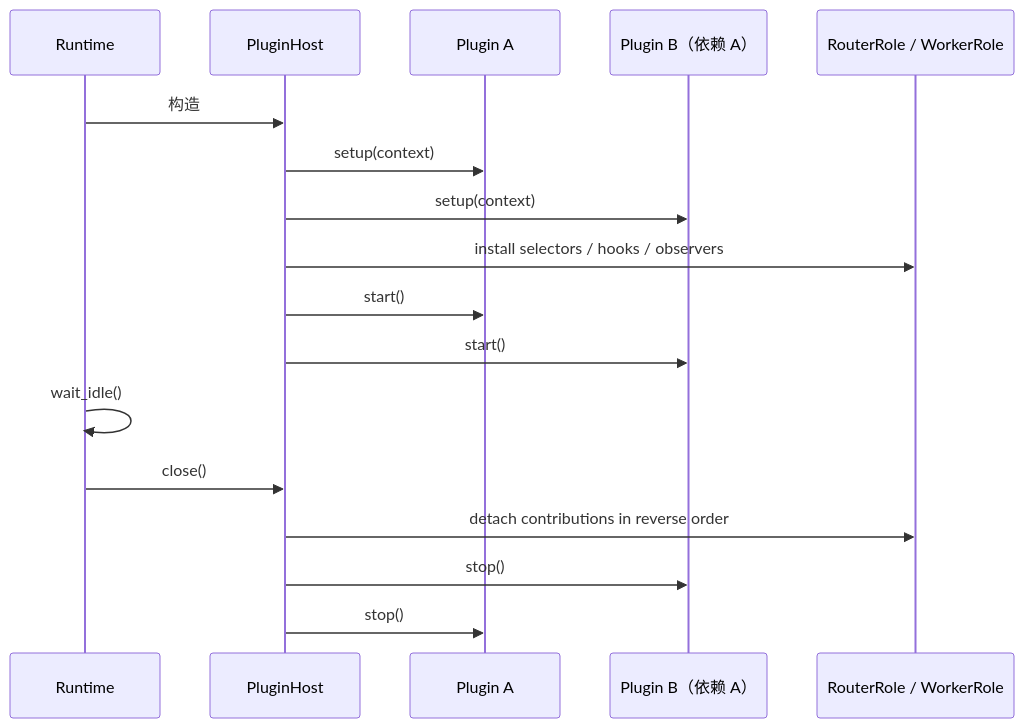
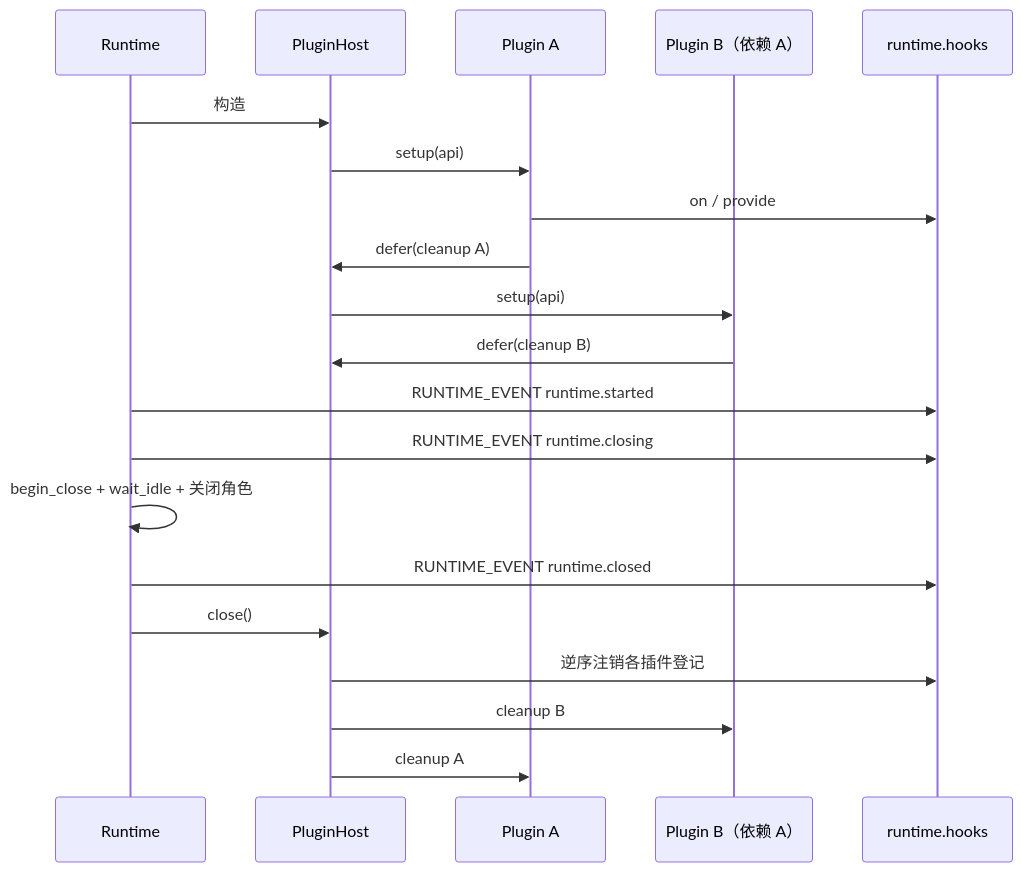
The second of 3 diagrams in docs/07-plugins.md (KKKKKKKEM/interlace), drawn with Mermaid before and after one commit. The commit also changed other lines of this file and 78 other files, not shown here.

````diff
--- a/docs/07-plugins.md
+++ b/docs/07-plugins.md
@@ -371,20 +428,23 @@
 ```mermaid
 sequenceDiagram
     participant R as Runtime
     participant H as PluginHost
     participant A as Plugin A
     participant B as Plugin B（依赖 A）
-    participant Roles as RouterRole / WorkerRole
+    participant Bus as runtime.hooks
 
     R->>H: 构造
-    H->>A: setup(context)
-    H->>B: setup(context)
-    H->>Roles: install selectors / hooks / observers
-    H->>A: start()
-    H->>B: start()
-    R->>R: wait_idle()
+    H->>A: setup(api)
+    A->>Bus: on / provide
+    A->>H: defer(cleanup A)
+    H->>B: setup(api)
+    B->>H: defer(cleanup B)
+    R->>Bus: RUNTIME_EVENT runtime.started
+    R->>Bus: RUNTIME_EVENT runtime.closing
+    R->>R: begin_close + wait_idle + 关闭角色
+    R->>Bus: RUNTIME_EVENT runtime.closed
     R->>H: close()
-    H->>Roles: detach contributions in reverse order
-    H->>B: stop()
-    H->>A: stop()
+    H->>Bus: 逆序注销各插件登记
+    H->>B: cleanup B
+    H->>A: cleanup A
 ```
````
